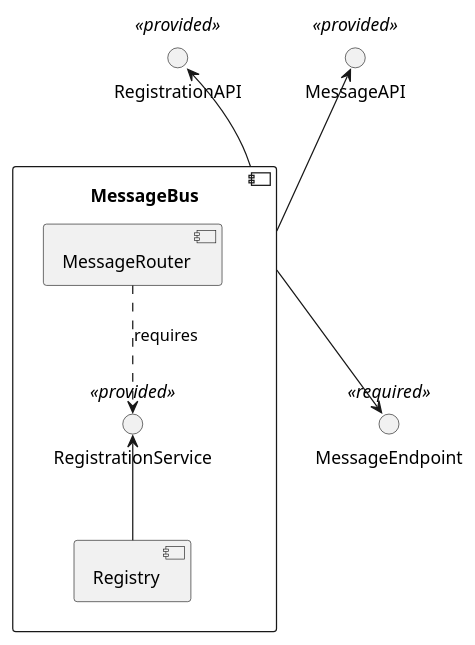
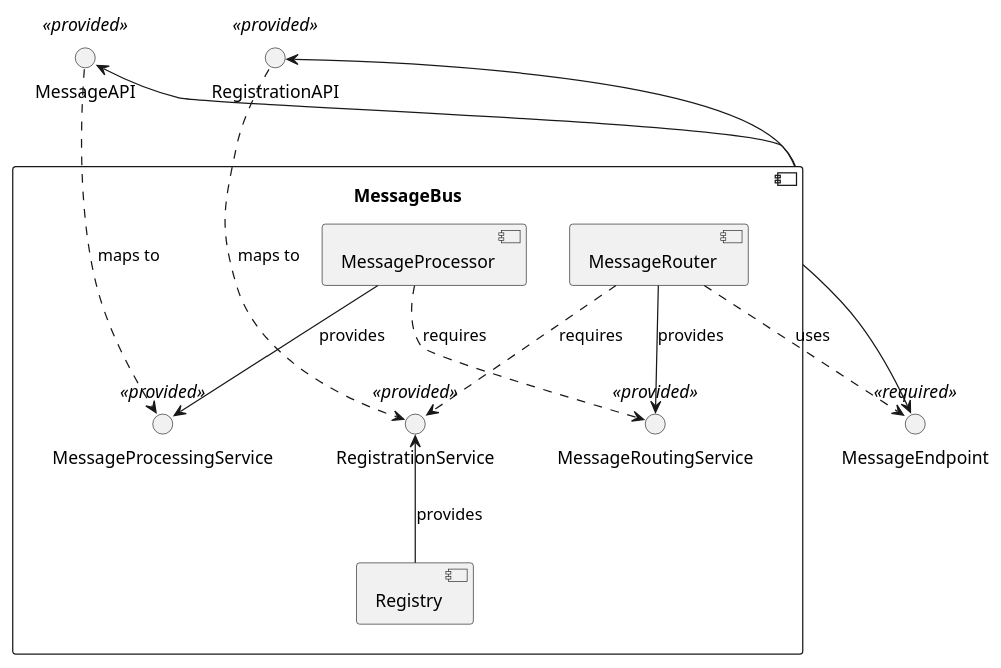
One commit to ThorstenRangnau/eai-patterns-system-management changed the diagram in messagebus/uml/component-diagram.puml. Above: the diagram before and after it, drawn with PlantUML. The commit also changed 14 other files, not shown here.

Commit message:
Add message processing, first part of routing component including entrypoints, and extending component diagram

```diff
--- a/messagebus/uml/component-diagram.puml
+++ b/messagebus/uml/component-diagram.puml
@@ -1,21 +1,30 @@
 @startuml
 skinparam componentStyle uml2
 
 interface RegistrationAPI <<provided>>
 interface MessageAPI <<provided>>
 interface MessageEndpoint <<required>>
 
 component MessageBus {
   interface RegistrationService <<provided>>
+  interface MessageProcessingService <<provided>>
+  interface MessageRoutingService <<provided>>
   component Registry
   component MessageRouter
+  component MessageProcessor
 
-  RegistrationService <-- Registry
+  RegistrationService <-- Registry : provides
   MessageRouter ..> RegistrationService : requires
+  MessageProcessor --> MessageProcessingService : provides
+  MessageRouter --> MessageRoutingService : provides
+  MessageProcessor ..> MessageRoutingService : requires
 }
 
 RegistrationAPI <-- MessageBus
 MessageAPI <-- MessageBus
 MessageBus --> MessageEndpoint
+MessageAPI ..> MessageProcessingService : maps to
+MessageRouter ..> MessageEndpoint : uses
+RegistrationAPI ..> RegistrationService : maps to
 
 @enduml
```
